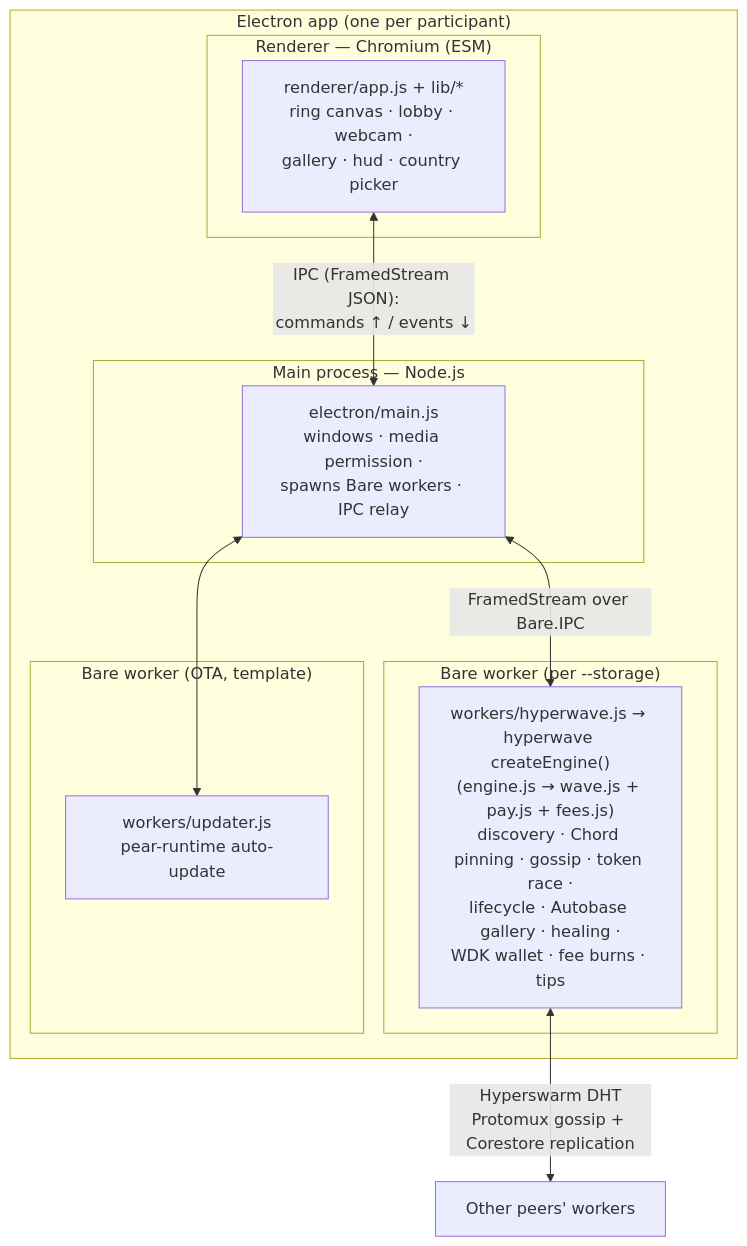
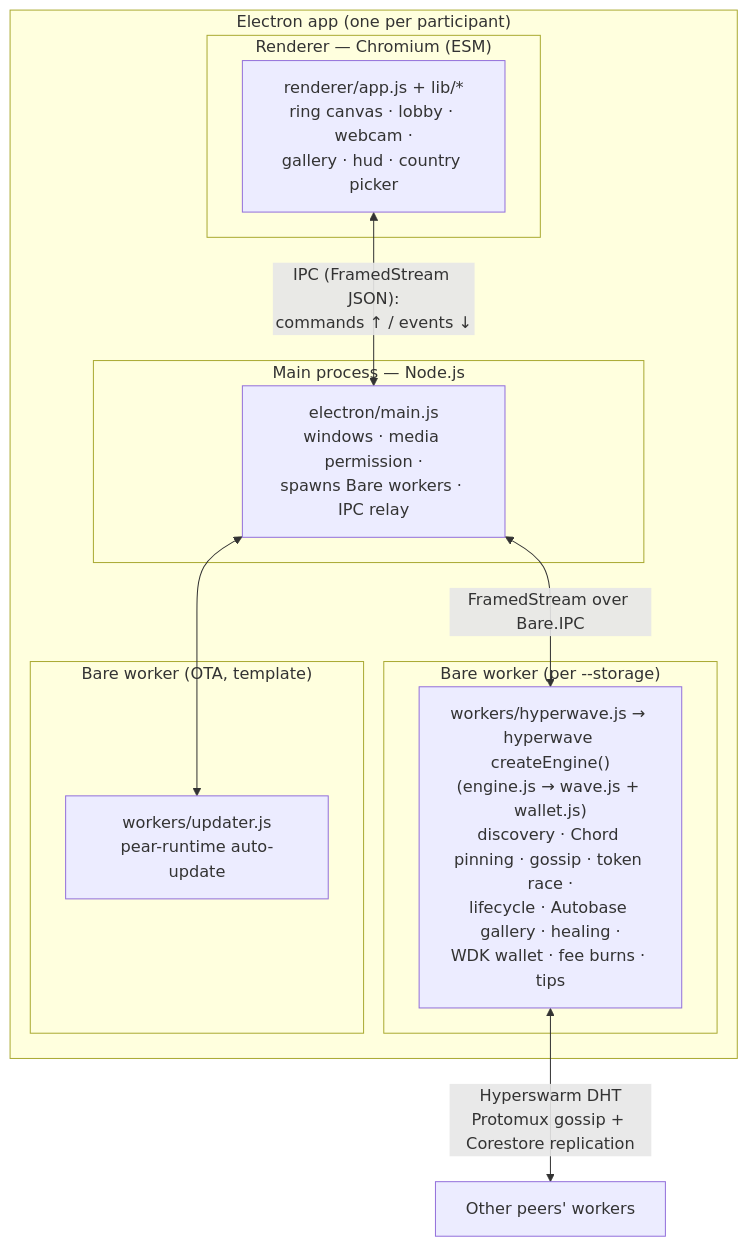
The diagram in docs/architecture.md (mnaamani/hyper-wave), drawn with Mermaid before and after one commit. The commit also changed other lines of this file and 16 other files, not shown here.

First line of the commit message:
refactor: merge pay.js + fees.js into wallet.js

````diff
--- a/docs/architecture.md
+++ b/docs/architecture.md
@@ -21,23 +21,23 @@
 ```mermaid
 flowchart TB
   subgraph Electron["Electron app (one per participant)"]
     subgraph Main["Main process — Node.js"]
       M["electron/main.js<br/>windows · media permission ·<br/>spawns Bare workers · IPC relay"]
     end
     subgraph Renderer["Renderer — Chromium (ESM)"]
       R["renderer/app.js + lib/*<br/>ring canvas · lobby · webcam ·<br/>gallery · hud · country picker"]
     end
     subgraph Worker["Bare worker (per --storage)"]
-      W["workers/hyperwave.js → hyperwave createEngine()<br/>(engine.js → wave.js + pay.js + fees.js)<br/>discovery · Chord pinning · gossip · token race ·<br/>lifecycle · Autobase gallery · healing ·<br/>WDK wallet · fee burns · tips"]
+      W["workers/hyperwave.js → hyperwave createEngine()<br/>(engine.js → wave.js + wallet.js)<br/>discovery · Chord pinning · gossip · token race ·<br/>lifecycle · Autobase gallery · healing ·<br/>WDK wallet · fee burns · tips"]
     end
     subgraph Updater["Bare worker (OTA, template)"]
       U["workers/updater.js<br/>pear-runtime auto-update"]
     end
   end
 
   R <-->|"IPC (FramedStream JSON):<br/>commands ↑ / events ↓"| M
   M <-->|"FramedStream over Bare.IPC"| W
   M <--> U
 
   W <-->|"Hyperswarm DHT<br/>Protomux gossip + Corestore replication"| Peers["Other peers' workers"]
 ```
````
